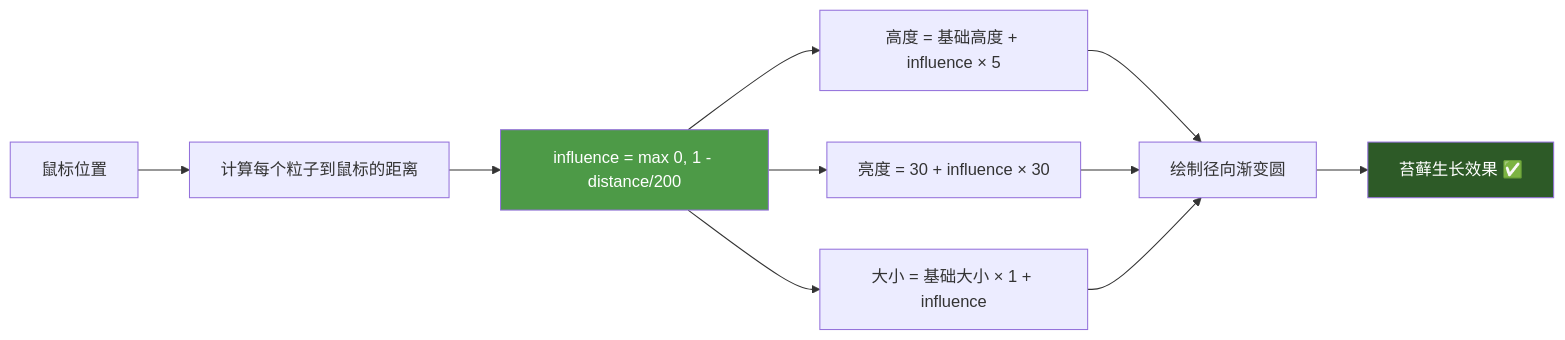
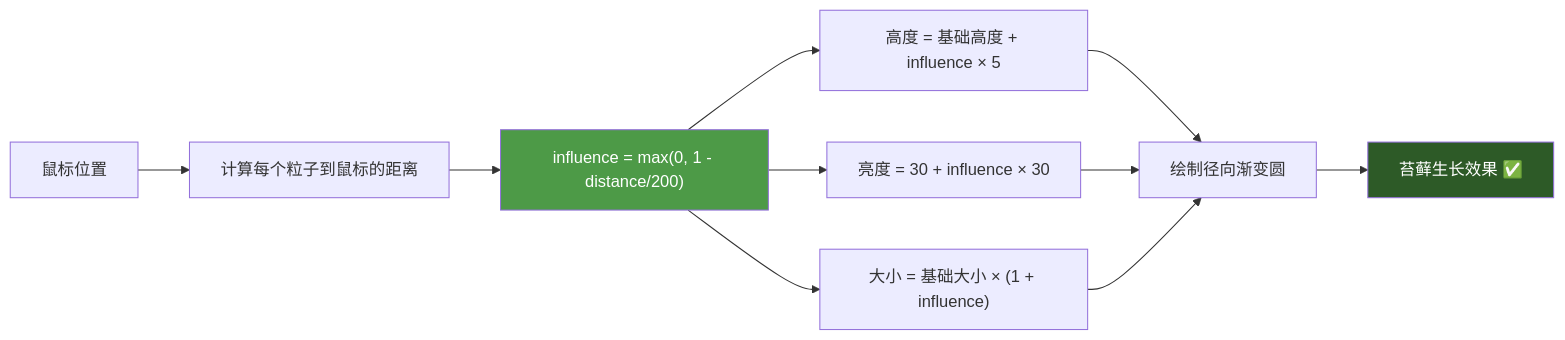
Before and after one commit to Easter127/trae: diagram 19 of 20 in PROJECT_GUIDE.md, drawn with Mermaid. The commit also changed other lines of this file, not shown here.

Commit message:
Update PROJECT_GUIDE: add all 12 pitfalls with real error messages and mermaid diagrams

````diff
--- a/PROJECT_GUIDE.md
+++ b/PROJECT_GUIDE.md
@@ -606,15 +863,15 @@
 ```mermaid
 flowchart LR
     A[鼠标位置] --> B[计算每个粒子到鼠标的距离]
-    B --> C[influence = max 0, 1 - distance/200]
-    C --> D[高度 = 基础高度 + influence × 5]
-    C --> E[亮度 = 30 + influence × 30]
-    C --> F[大小 = 基础大小 × 1 + influence]
+    B --> C["influence = max(0, 1 - distance/200)"]
+    C --> D["高度 = 基础高度 + influence × 5"]
+    C --> E["亮度 = 30 + influence × 30"]
+    C --> F["大小 = 基础大小 × (1 + influence)"]
     D --> G[绘制径向渐变圆]
     E --> G
     F --> G
     G --> H[苔藓生长效果 ✅]
     
     style C fill:#4d9a47,color:#fff
     style H fill:#2d5a27,color:#fff
 ```
````
